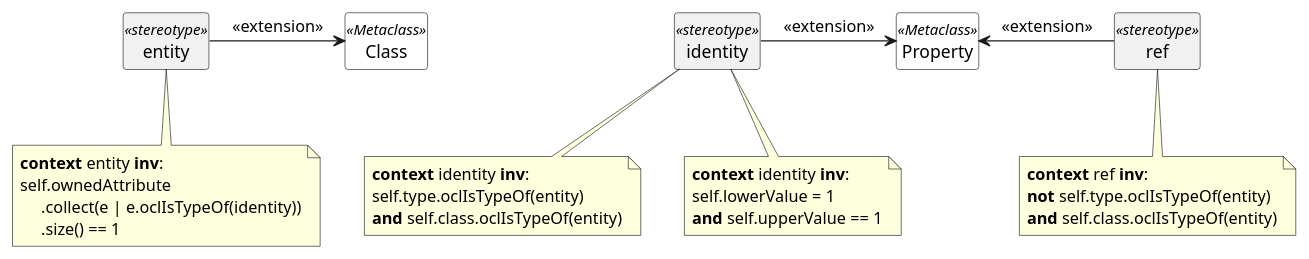
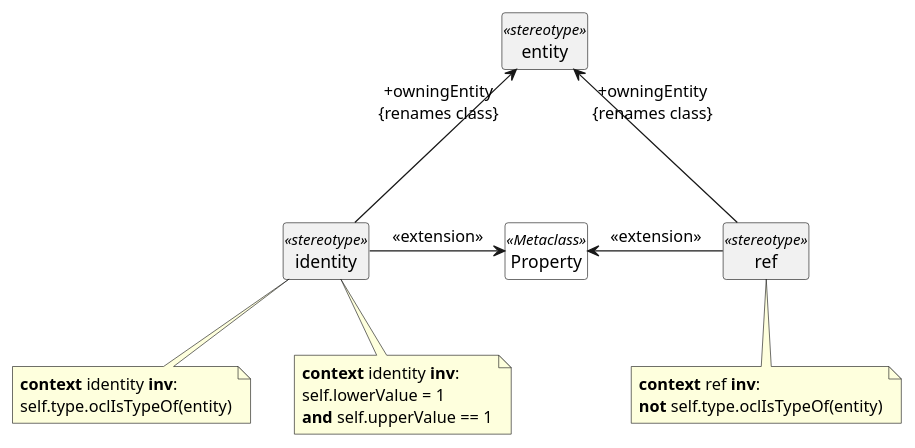
Before and after one commit to sdm-lang/tree-sitter-sdml: the eighth of 13 diagrams in docs/uml-profile.org, drawn with PlantUML. The commit also changed other lines of this file and 17 other files, not shown here.

```diff
--- a/docs/uml-profile.org
+++ b/docs/uml-profile.org
@@ -90,27 +169,24 @@
-#+BEGIN_SRC plantuml :file uml-profile-entity.svg
+#+BEGIN_SRC plantuml :file uml-profile-entity-members.svg
+skinparam backgroundColor transparent
 hide circle
 hide members
 
-class Class <<Metaclass>> #white {}
 class entity <<stereotype>> {}
-entity -> Class: <<extension>>
-
 class Property <<Metaclass>> #white {}
 class identity <<stereotype>> {}
 identity -> Property: <<extension>>
+identity --u-> "+owningEntity\n{renames class}" entity
 
-note "**context** identity **inv**:\nself.type.oclIsTypeOf(entity)\n**and** self.class.oclIsTypeOf(entity)" as idtynote
+note "**context** identity **inv**:\nself.type.oclIsTypeOf(entity)" as idtynote
 identity .. idtynote
 
 note "**context** identity **inv**:\nself.lowerValue = 1\n**and** self.upperValue == 1" as cardnote
 identity .. cardnote
 
-note "**context** entity **inv**:\nself.ownedAttribute\n     .collect(e | e.oclIsTypeOf(identity))\n     .size() == 1" as idnote
-entity .. idnote
-
 class ref <<stereotype>> {}
 Property <- ref: <<extension>>
+ref --u-> "+owningEntity\n{renames class}" entity
 
-note "**context** ref **inv**:\n**not** self.type.oclIsTypeOf(entity)\n**and** self.class.oclIsTypeOf(entity)" as refnote
+note "**context** ref **inv**:\n**not** self.type.oclIsTypeOf(entity)" as refnote
 ref .. refnote
 #+END_SRC
```
